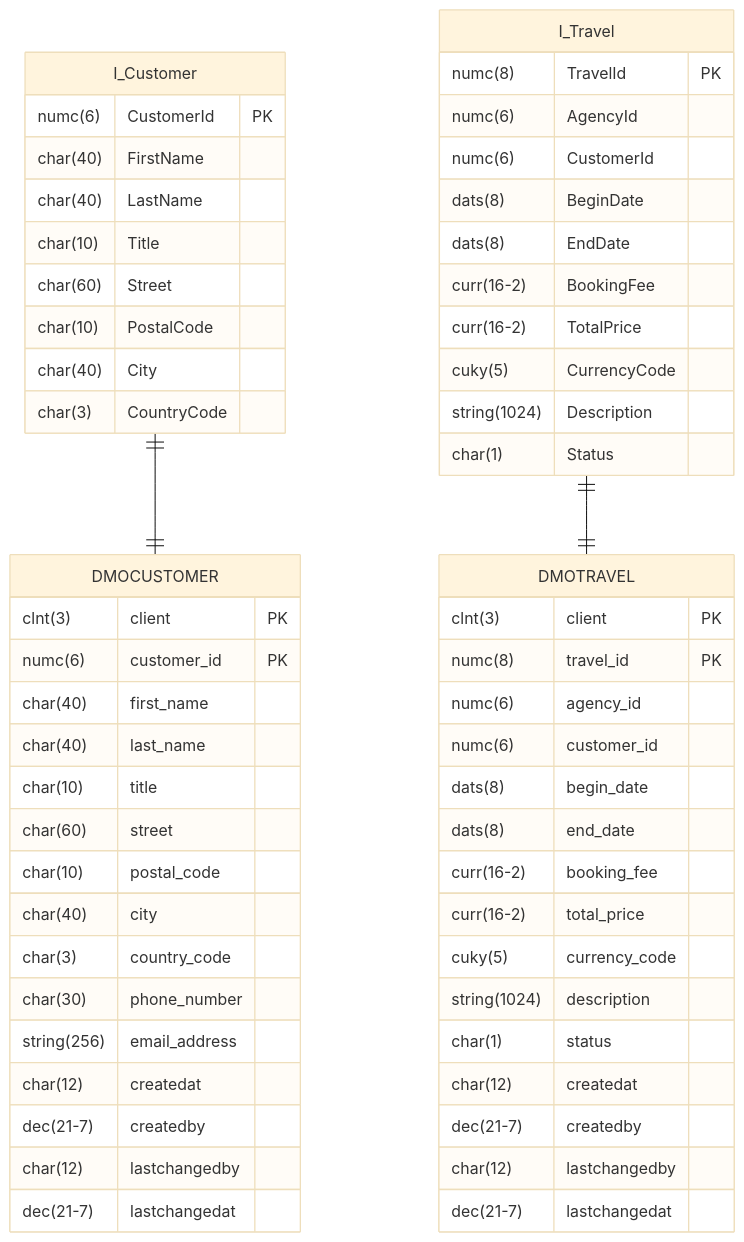
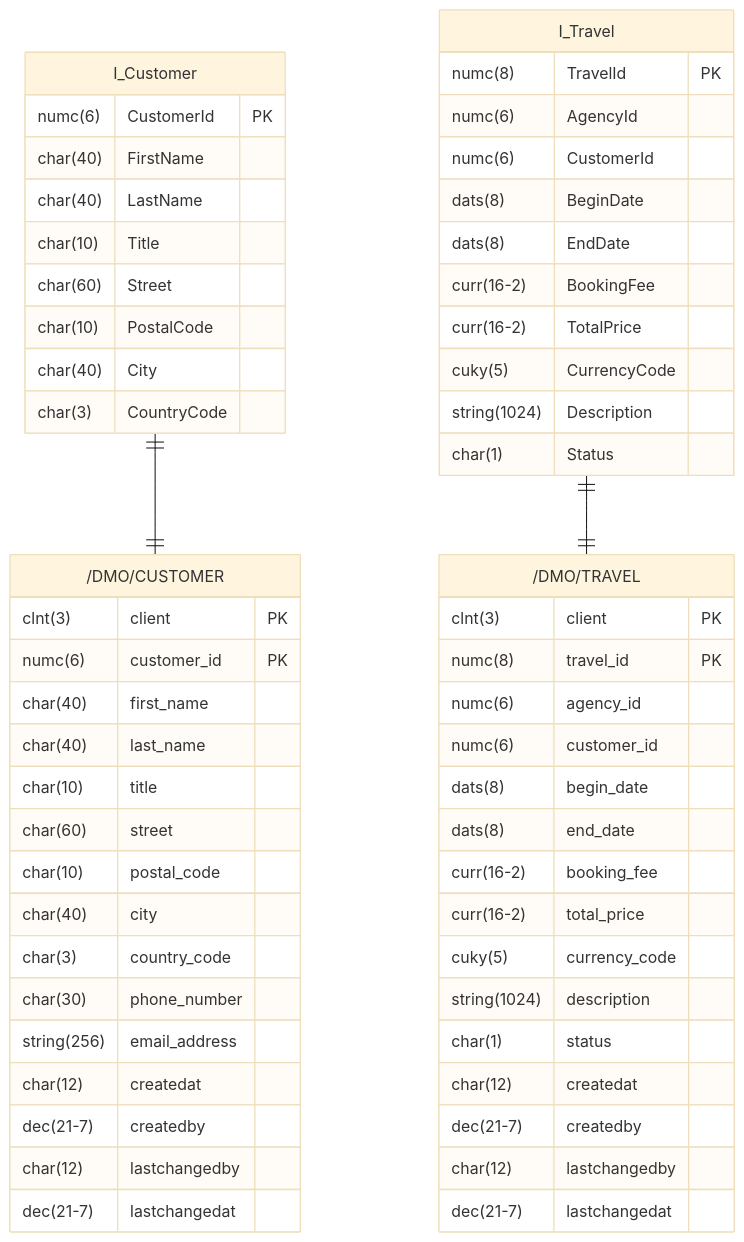
The diagram in docs/exercises/abap-cds/abap-cds-02.md (appenmaier/s4hana), drawn with Mermaid (base theme) before and after one commit. The commit also changed 8 other files, not shown here.

Commit message:
Update Exercise Structure for RAP Exercises and Update Mermaids for ABAP CDS Exercises

````diff
--- a/docs/exercises/abap-cds/abap-cds-02.md
+++ b/docs/exercises/abap-cds/abap-cds-02.md
@@ -10,66 +10,66 @@
 ```mermaid
 erDiagram
 
-    I_Customer ||--|| DMOCUSTOMER : ""
-    I_Travel ||--|| DMOTRAVEL : ""
+    I_Customer ||--|| "/DMO/CUSTOMER" : ""
+    I_Travel ||--|| "/DMO/TRAVEL" : ""
 
     I_Customer {
         numc(6) CustomerId PK
         char(40) FirstName
         char(40) LastName
         char(10) Title
         char(60) Street
         char(10) PostalCode
         char(40) City
         char(3) CountryCode
     }
 
-    DMOCUSTOMER {
+    "/DMO/CUSTOMER" {
         clnt(3) client PK
         numc(6) customer_id PK
         char(40) first_name
         char(40) last_name
         char(10) title
         char(60) street
         char(10) postal_code
         char(40) city
         char(3) country_code
         char(30) phone_number
         string(256) email_address
         char(12) createdat
         dec(21-7) createdby
         char(12) lastchangedby
         dec(21-7) lastchangedat
     }
 
     I_Travel {
         numc(8) TravelId PK
         numc(6) AgencyId
         numc(6) CustomerId
         dats(8) BeginDate
         dats(8) EndDate
         curr(16-2) BookingFee
         curr(16-2) TotalPrice
         cuky(5) CurrencyCode
         string(1024) Description
         char(1) Status
     }
 
-    DMOTRAVEL {
+    "/DMO/TRAVEL" {
         clnt(3) client PK
         numc(8) travel_id PK
         numc(6) agency_id
         numc(6) customer_id
         dats(8) begin_date
         dats(8) end_date
         curr(16-2) booking_fee
         curr(16-2) total_price
         cuky(5) currency_code
         string(1024) description
         char(1) status
         char(12) createdat
         dec(21-7) createdby
         char(12) lastchangedby
         dec(21-7) lastchangedat
     }
 ```
````
